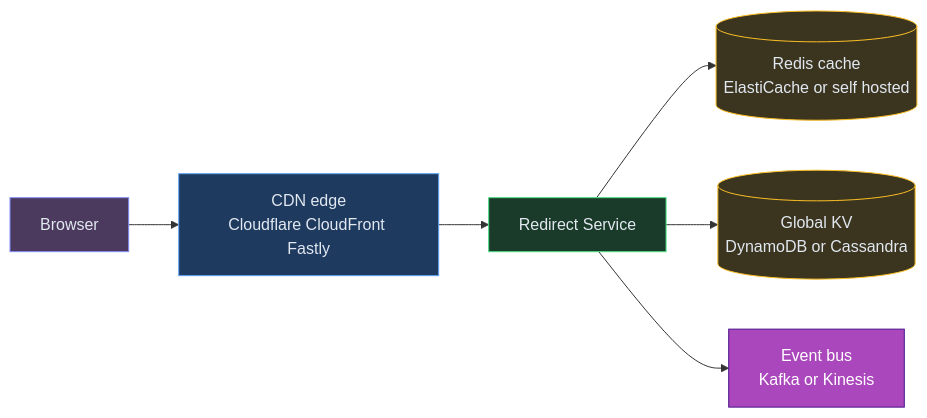
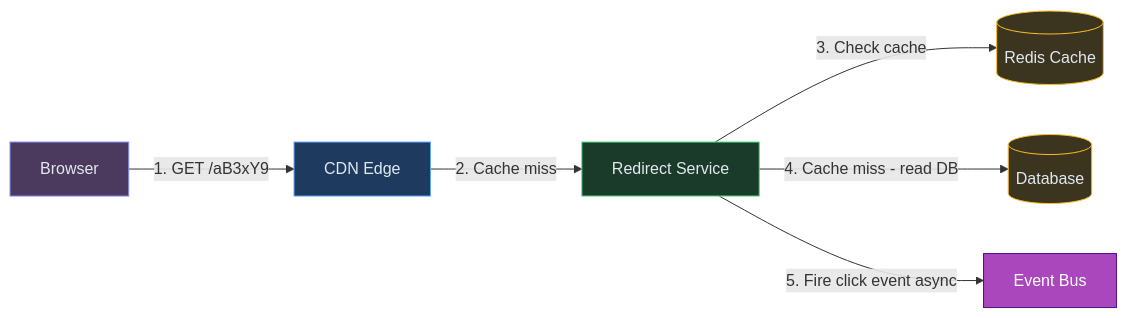
Before and after one commit to iluzn/HLD-Designs: the fourth of 11 diagrams in content/hld/URLShortner.md, drawn with Mermaid. The commit also changed other lines of this file and 1 other file, not shown here.

Commit message:
fix(diagrams): Hand-drawn dark only + numbered descriptive arrows
1. Revert to hand-drawn in dark mode, classic in light (readable).
2. URL Shortener diagrams now have numbered arrows with descriptions:
   '1. POST /links with long URL', '2. Auth + rate limit', etc.
   Makes the flow self-explanatory without reading prose below.
3. Cleaned node labels (removed specific vendor names from boxes —
   just 'Database' not 'DynamoDB or Cassandra'). Cleaner diagrams.

````diff
--- a/content/hld/URLShortner.md
+++ b/content/hld/URLShortner.md
@@ -256,21 +256,21 @@
 ```mermaid
 flowchart LR
     USER["Browser"]:::client
-    CDN["CDN edge<br/>Cloudflare CloudFront Fastly"]:::edge
+    CDN["CDN Edge"]:::edge
     RS["Redirect Service"]:::service
-    CACHE[("Redis cache<br/>ElastiCache or self hosted")]:::data
-    DB[("Global KV<br/>DynamoDB or Cassandra")]:::data
-    K["Event bus<br/>Kafka or Kinesis"]:::async
+    CACHE[("Redis Cache")]:::data
+    DB[("Database")]:::data
+    K["Event Bus"]:::async
 
-    USER --> CDN
-    CDN --> RS
-    RS --> CACHE
-    RS --> DB
-    RS --> K
+    USER -->|"1. GET /aB3xY9"| CDN
+    CDN -->|"2. Cache miss"| RS
+    RS -->|"3. Check cache"| CACHE
+    RS -->|"4. Cache miss - read DB"| DB
+    RS -->|"5. Fire click event async"| K
 
     classDef client fill:#4c3a5e,stroke:#818cf8,color:#e2e8f0
     classDef edge fill:#1e3a5f,stroke:#60a5fa,color:#e2e8f0
     classDef service fill:#1a3a2a,stroke:#4ade80,color:#e2e8f0
     classDef async fill:#AB47BC,stroke:#4A148C,color:#fff
     classDef data fill:#3b3520,stroke:#fbbf24,color:#e2e8f0
 ```
````
